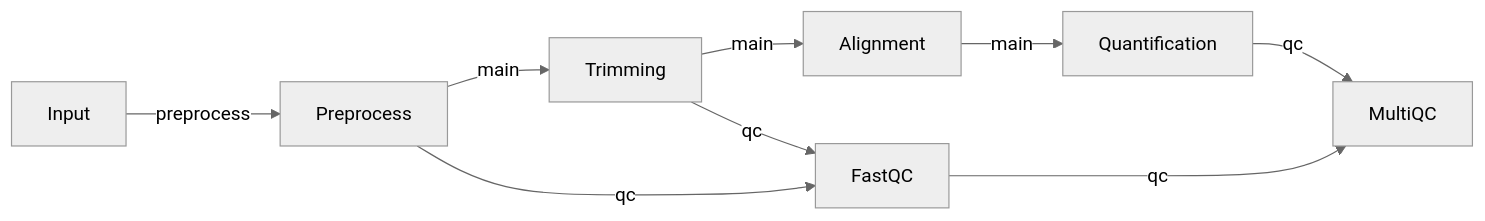
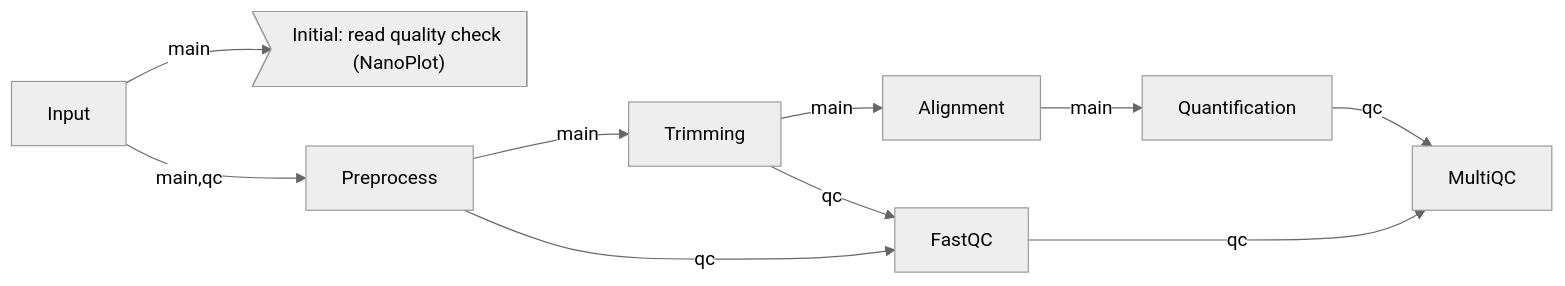
Before and after one commit to treangenlab/somatem-docs: the diagram in planning/flowcharts/nf-metro/simple_pipeline.mmd, drawn with Mermaid (neutral theme). The commit also changed 3 other files, not shown here.

Commit message:
trying to mimic rnaseq_sections - reasonable attempt ; not as good as the mermaid flowchart - few missing pieces: final html for asm ; putting asm below preprocess will save space

```diff
--- a/planning/flowcharts/nf-metro/simple_pipeline.mmd
+++ b/planning/flowcharts/nf-metro/simple_pipeline.mmd
@@ -1,22 +1,25 @@
 %%metro title: Simple Pipeline
 %%metro style: light
 %%metro line: main | Main | #4CAF50
 %%metro line: qc | Quality Control | #2196F3
-%%metro line: preprocess | Preprocessing | #FF9800
 
 graph LR
     input[Input]
+    initqc>"Initial: read quality check (NanoPlot)"] 
+    %% testing bold
+
     fastqc[FastQC]
     trim[Trimming]
     align[Alignment]
     quant[Quantification]
     multiqc[MultiQC]
 
-    input -->|preprocess| Preprocess
+    input -->|main| initqc
+    input -->|main,qc| Preprocess
     Preprocess -->|main| trim
     trim -->|main| align
     align -->|main| quant
     Preprocess -->|qc| fastqc
     trim -->|qc| fastqc
     quant -->|qc| multiqc
     fastqc -->|qc| multiqc
```
